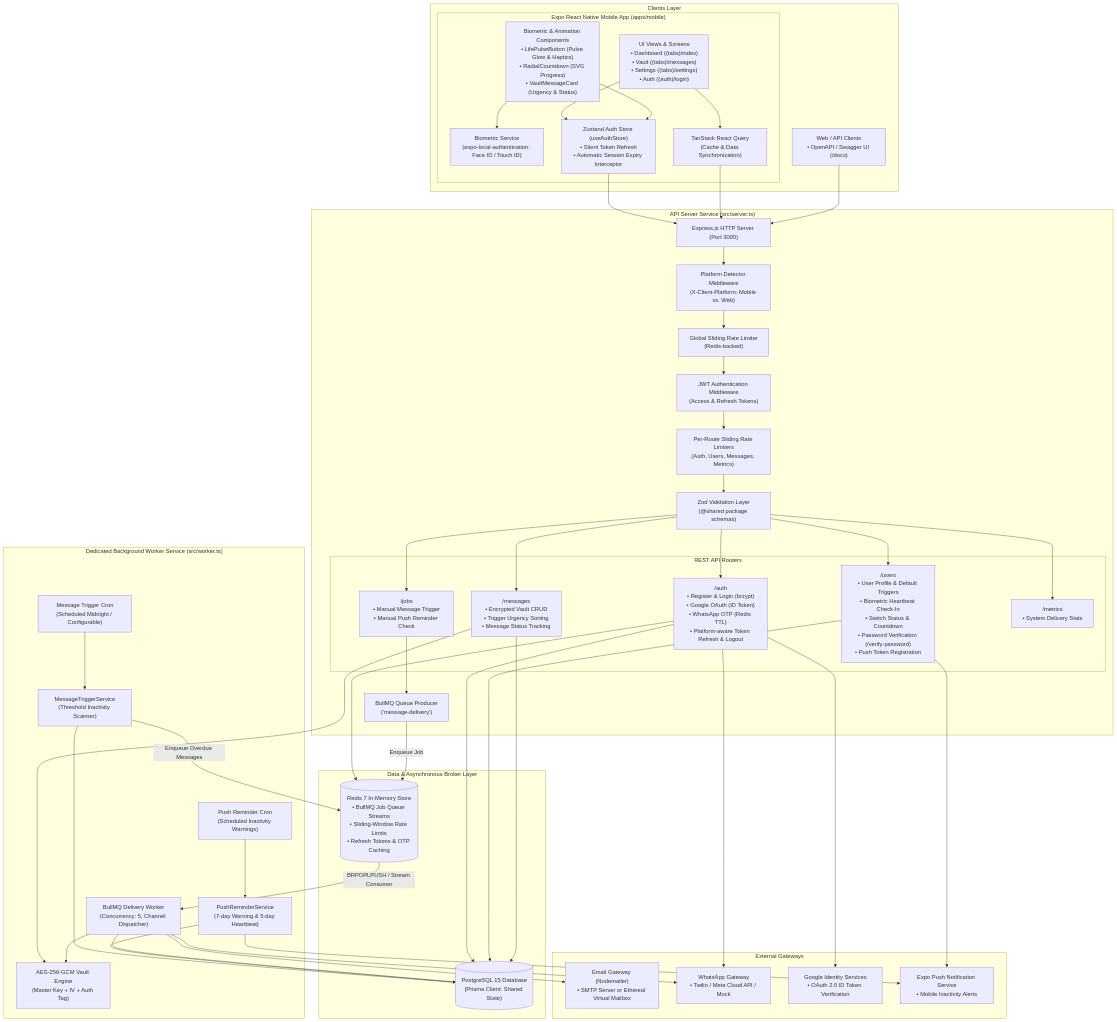
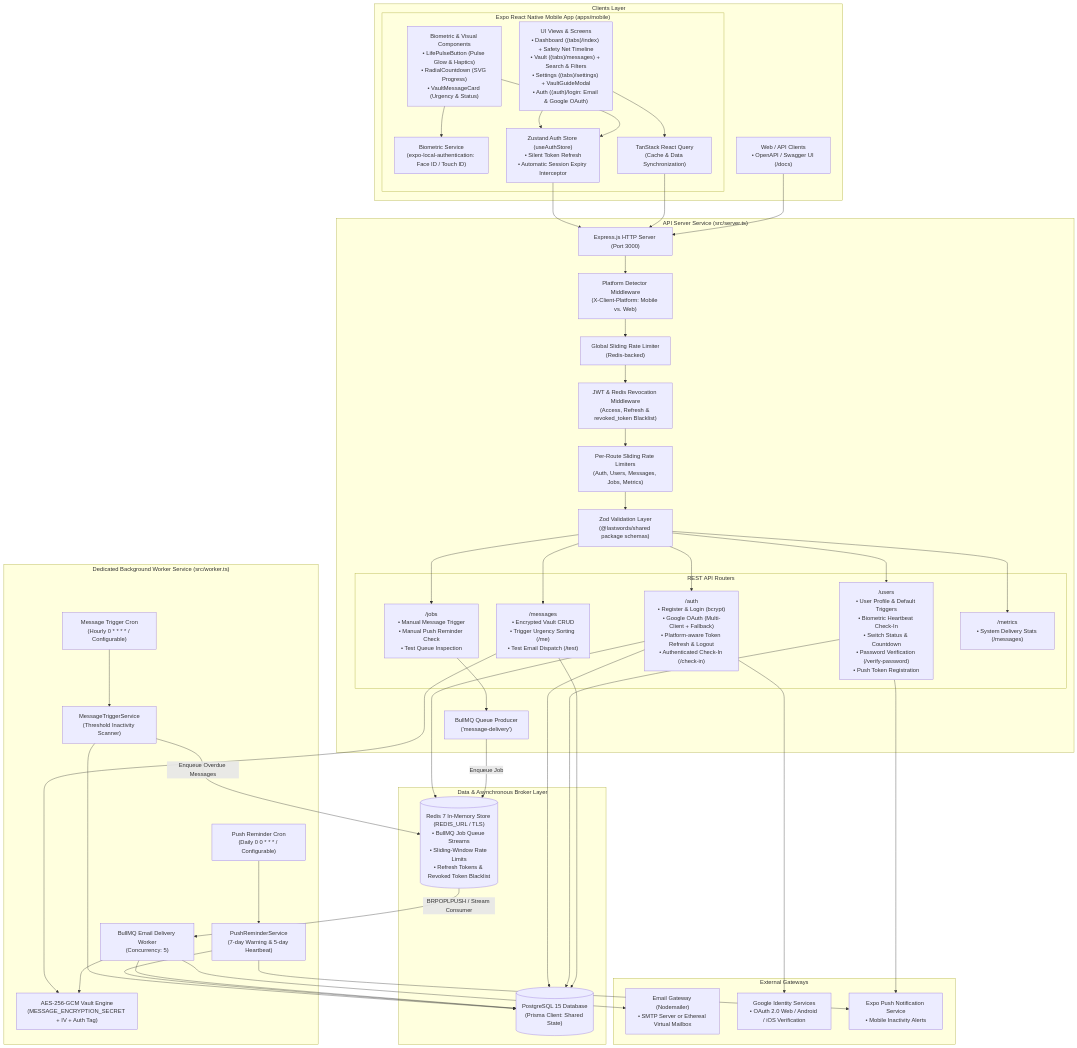
The first of 7 diagrams in codebase_diagrams.md (AryanSin/last-words-app), drawn with Mermaid before and after one commit. The commit also changed other lines of this file and 1 other file, not shown here.

Commit message:
updated readme.md and codebase_diagram.md

````diff
--- a/codebase_diagrams.md
+++ b/codebase_diagrams.md
@@ -10,8 +10,8 @@
 flowchart TD
     subgraph Clients["Clients Layer"]
         subgraph MobileApp["Expo React Native Mobile App (apps/mobile)"]
-            UI["UI Views & Screens<br/>• Dashboard ((tabs)/index)<br/>• Vault ((tabs)/messages)<br/>• Settings ((tabs)/settings)<br/>• Auth ((auth)/login)"]
-            BioComp["Biometric & Animation Components<br/>• LifePulseButton (Pulse Glow & Haptics)<br/>• RadialCountdown (SVG Progress)<br/>• VaultMessageCard (Urgency & Status)"]
+            UI["UI Views & Screens<br/>• Dashboard ((tabs)/index) + Safety Net Timeline<br/>• Vault ((tabs)/messages) + Search & Filters<br/>• Settings ((tabs)/settings) + VaultGuideModal<br/>• Auth ((auth)/login: Email & Google OAuth)"]
+            BioComp["Biometric & Visual Components<br/>• LifePulseButton (Pulse Glow & Haptics)<br/>• RadialCountdown (SVG Progress)<br/>• VaultMessageCard (Urgency & Status)"]
             BioService["Biometric Service<br/>(expo-local-authentication: Face ID / Touch ID)"]
             Store["Zustand Auth Store (useAuthStore)<br/>• Silent Token Refresh<br/>• Automatic Session Expiry Interceptor"]
             Query["TanStack React Query<br/>(Cache & Data Synchronization)"]
@@ -23,39 +23,38 @@
         ExpressApp["Express.js HTTP Server (Port 3000)"]
         PlatformDetector["Platform Detector Middleware<br/>(X-Client-Platform: Mobile vs. Web)"]
         GlobalLimiter["Global Sliding Rate Limiter<br/>(Redis-backed)"]
-        AuthMiddleware["JWT Authentication Middleware<br/>(Access & Refresh Tokens)"]
-        RouteRateLimiter["Per-Route Sliding Rate Limiters<br/>(Auth, Users, Messages, Metrics)"]
-        ValidationMiddleware["Zod Validation Layer<br/>(@shared package schemas)"]
+        AuthMiddleware["JWT & Redis Revocation Middleware<br/>(Access, Refresh & revoked_token Blacklist)"]
+        RouteRateLimiter["Per-Route Sliding Rate Limiters<br/>(Auth, Users, Messages, Jobs, Metrics)"]
+        ValidationMiddleware["Zod Validation Layer<br/>(@lastwords/shared package schemas)"]
 
         subgraph Routes["REST API Routers"]
-            AuthRouter["/auth<br/>• Register & Login (bcrypt)<br/>• Google OAuth (ID Token)<br/>• WhatsApp OTP (Redis TTL)<br/>• Platform-aware Token Refresh & Logout"]
+            AuthRouter["/auth<br/>• Register & Login (bcrypt)<br/>• Google OAuth (Multi-Client + Fallback)<br/>• Platform-aware Token Refresh & Logout<br/>• Authenticated Check-In (/check-in)"]
             UserRouter["/users<br/>• User Profile & Default Triggers<br/>• Biometric Heartbeat Check-In<br/>• Switch Status & Countdown<br/>• Password Verification (/verify-password)<br/>• Push Token Registration"]
-            MessageRouter["/messages<br/>• Encrypted Vault CRUD<br/>• Trigger Urgency Sorting<br/>• Message Status Tracking"]
-            JobRouter["/jobs<br/>• Manual Message Trigger<br/>• Manual Push Reminder Check"]
-            MetricRouter["/metrics<br/>• System Delivery Stats"]
+            MessageRouter["/messages<br/>• Encrypted Vault CRUD<br/>• Trigger Urgency Sorting (/me)<br/>• Test Email Dispatch (/test)"]
+            JobRouter["/jobs<br/>• Manual Message Trigger<br/>• Manual Push Reminder Check<br/>• Test Queue Inspection"]
+            MetricRouter["/metrics<br/>• System Delivery Stats (/messages)"]
         end
         
         QueueProducer["BullMQ Queue Producer<br/>('message-delivery')"]
     end
 
     subgraph WorkerService["Dedicated Background Worker Service (src/worker.ts)"]
-        MessageCron["Message Trigger Cron<br/>(Scheduled Midnight / Configurable)"]
-        ReminderCron["Push Reminder Cron<br/>(Scheduled Inactivity Warnings)"]
+        MessageCron["Message Trigger Cron<br/>(Hourly 0 * * * * / Configurable)"]
+        ReminderCron["Push Reminder Cron<br/>(Daily 0 0 * * * / Configurable)"]
         TriggerService["MessageTriggerService<br/>(Threshold Inactivity Scanner)"]
         ReminderService["PushReminderService<br/>(7-day Warning & 5-day Heartbeat)"]
-        Worker["BullMQ Delivery Worker<br/>(Concurrency: 5, Channel Dispatcher)"]
-        CryptoEngine["AES-256-GCM Vault Engine<br/>(Master Key + IV + Auth Tag)"]
+        Worker["BullMQ Email Delivery Worker<br/>(Concurrency: 5)"]
+        CryptoEngine["AES-256-GCM Vault Engine<br/>(MESSAGE_ENCRYPTION_SECRET + IV + Auth Tag)"]
     end
 
     subgraph DataStore["Data & Asynchronous Broker Layer"]
         PostgresDB[("PostgreSQL 15 Database<br/>(Prisma Client: Shared State)")]
-        RedisDB[("Redis 7 In-Memory Store<br/>• BullMQ Job Queue Streams<br/>• Sliding-Window Rate Limits<br/>• Refresh Tokens & OTP Caching")]
+        RedisDB[("Redis 7 In-Memory Store (REDIS_URL / TLS)<br/>• BullMQ Job Queue Streams<br/>• Sliding-Window Rate Limits<br/>• Refresh Tokens & Revoked Token Blacklist")]
     end
 
     subgraph ExternalIntegrations["External Gateways"]
         EmailService["Email Gateway (Nodemailer)<br/>• SMTP Server or Ethereal Virtual Mailbox"]
-        WhatsAppService["WhatsApp Gateway<br/>• Twilio / Meta Cloud API / Mock"]
-        GoogleIdentity["Google Identity Services<br/>• OAuth 2.0 ID Token Verification"]
+        GoogleIdentity["Google Identity Services<br/>• OAuth 2.0 Web / Android / iOS Verification"]
         ExpoPushService["Expo Push Notification Service<br/>• Mobile Inactivity Alerts"]
     end
 
@@ -86,7 +85,6 @@
     AuthRouter --> PostgresDB
     AuthRouter --> RedisDB
     AuthRouter --> GoogleIdentity
-    AuthRouter --> WhatsAppService
 
     UserRouter --> PostgresDB
     UserRouter --> ExpoPushService
@@ -110,5 +108,4 @@
     Worker --> CryptoEngine
     Worker --> PostgresDB
     Worker --> EmailService
-    Worker --> WhatsAppService
 ```
````
